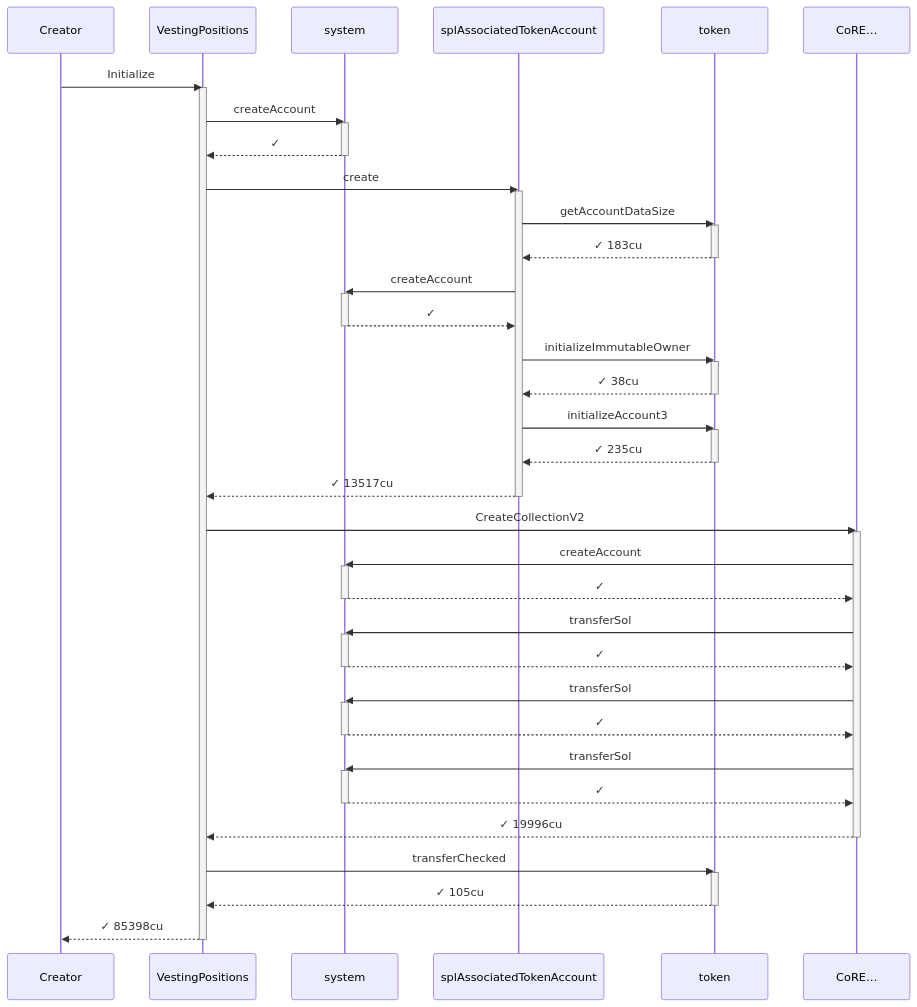
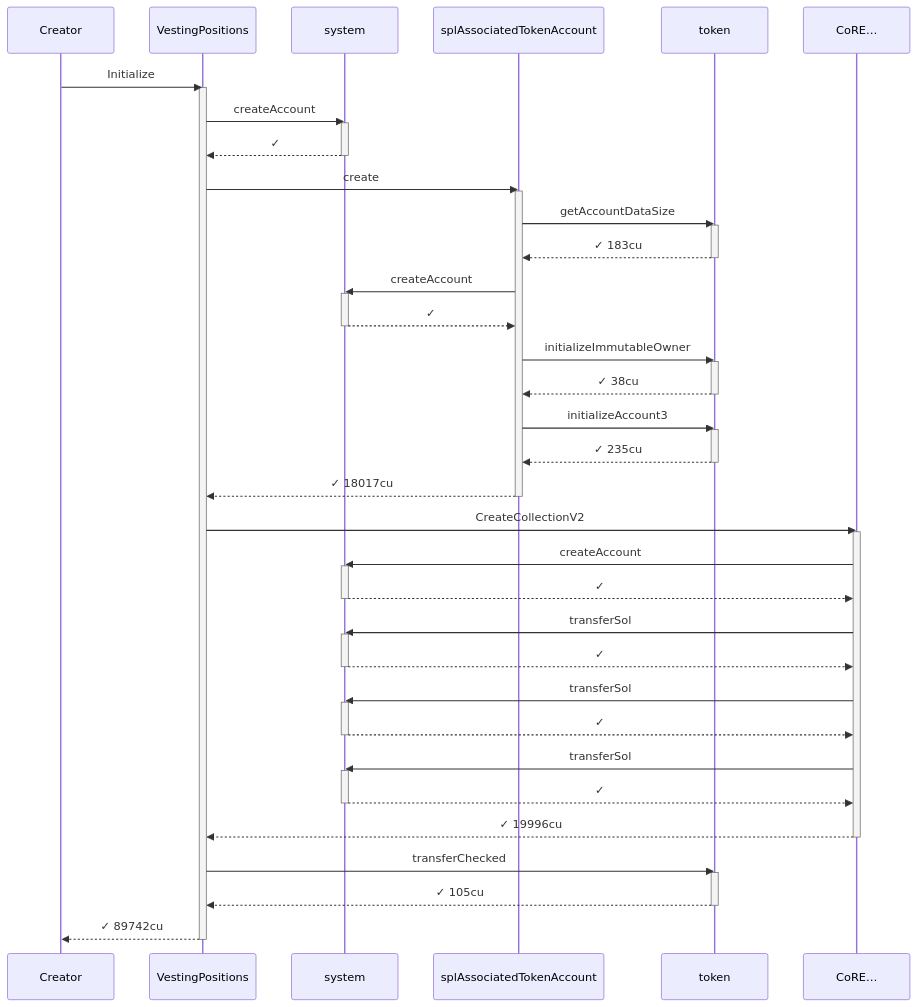
The first of 9 diagrams in babelfish-tests/test-report/full_release_at_cliff.md (cds-turbin3/vesting-position), drawn with Mermaid before and after one commit. The commit also changed other lines of this file and 106 other files, not shown here.

````diff
--- a/babelfish-tests/test-report/full_release_at_cliff.md
+++ b/babelfish-tests/test-report/full_release_at_cliff.md
@@ -44,61 +49,61 @@
 ```mermaid
 sequenceDiagram
     participant p0 as Creator
     participant p1 as VestingPositions
     participant p2 as system
     participant p3 as splAssociatedTokenAccount
     participant p4 as token
     participant p5 as CoRE…
     p0->>p1: Initialize
     activate p1
     p1->>p2: createAccount
     activate p2
     p2-->>p1: ✓
     deactivate p2
     p1->>p3: create
     activate p3
     p3->>p4: getAccountDataSize
     activate p4
     p4-->>p3: ✓ 183cu
     deactivate p4
     p3->>p2: createAccount
     activate p2
     p2-->>p3: ✓
     deactivate p2
     p3->>p4: initializeImmutableOwner
     activate p4
     p4-->>p3: ✓ 38cu
     deactivate p4
     p3->>p4: initializeAccount3
     activate p4
     p4-->>p3: ✓ 235cu
     deactivate p4
-    p3-->>p1: ✓ 13517cu
+    p3-->>p1: ✓ 18017cu
     deactivate p3
     p1->>p5: CreateCollectionV2
     activate p5
     p5->>p2: createAccount
     activate p2
     p2-->>p5: ✓
     deactivate p2
     p5->>p2: transferSol
     activate p2
     p2-->>p5: ✓
     deactivate p2
     p5->>p2: transferSol
     activate p2
     p2-->>p5: ✓
     deactivate p2
     p5->>p2: transferSol
     activate p2
     p2-->>p5: ✓
     deactivate p2
     p5-->>p1: ✓ 19996cu
     deactivate p5
     p1->>p4: transferChecked
     activate p4
     p4-->>p1: ✓ 105cu
     deactivate p4
-    p1-->>p0: ✓ 85398cu
+    p1-->>p0: ✓ 89742cu
     deactivate p1
 ```
````
